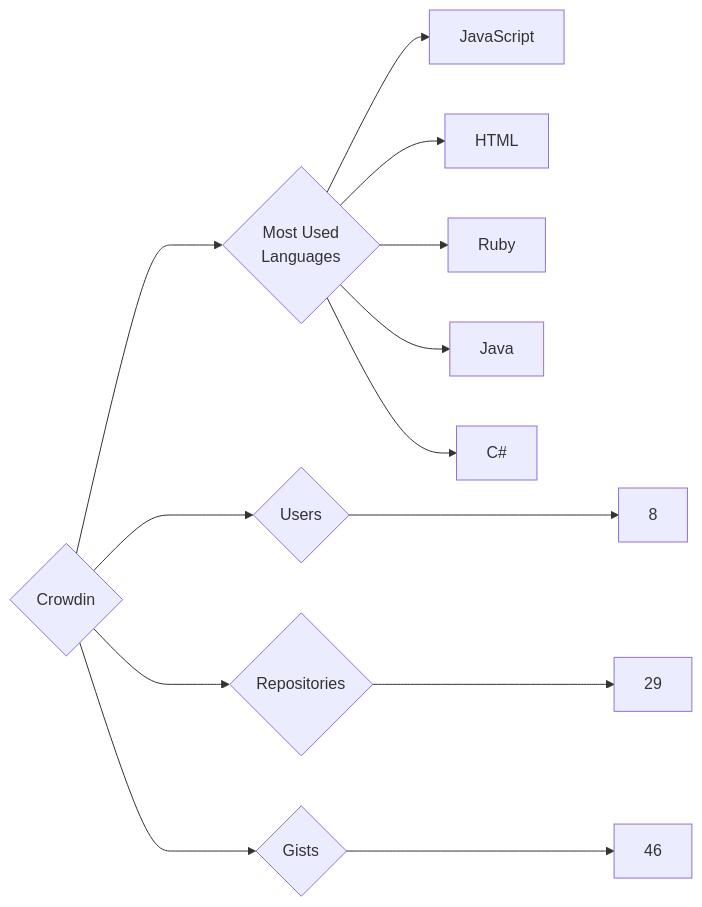
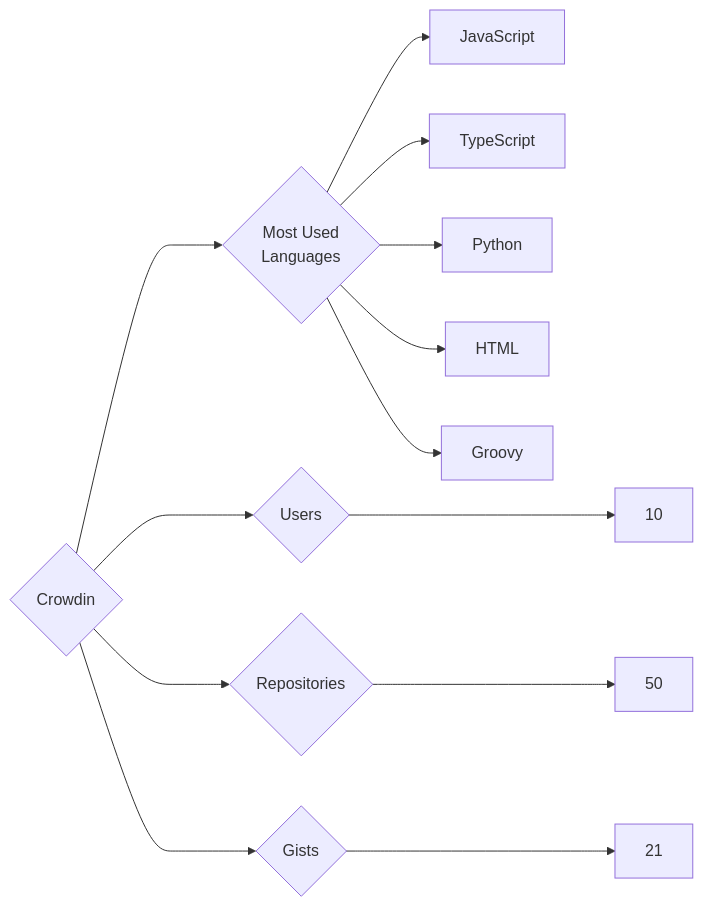
Before and after one commit to trickest/insiders: the diagram in targets/Crowdin/README.md, drawn with Mermaid. The commit also changed 1088 other files, not shown here.

````diff
--- a/targets/Crowdin/README.md
+++ b/targets/Crowdin/README.md
@@ -3,13 +3,13 @@
 ```mermaid
 graph LR
 COMPANY_NAME{Crowdin}
-COMPANY_NAME ---> U{Users} ---> UN[8]
-COMPANY_NAME ---> R{Repositories} ---> RN[29]
-COMPANY_NAME ---> G{Gists} ---> GN[46]
+COMPANY_NAME ---> U{Users} ---> UN[10]
+COMPANY_NAME ---> R{Repositories} ---> RN[50]
+COMPANY_NAME ---> G{Gists} ---> GN[21]
 COMPANY_NAME ---> ML{Most Used<br>Languages}
 ML --> JavaScript[JavaScript]
+ML --> TypeScript[TypeScript]
+ML --> Python[Python]
 ML --> HTML[HTML]
-ML --> Ruby[Ruby]
-ML --> Java[Java]
-ML --> C#[C#]
+ML --> Groovy[Groovy]
 ```
````
